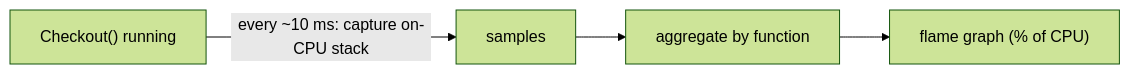
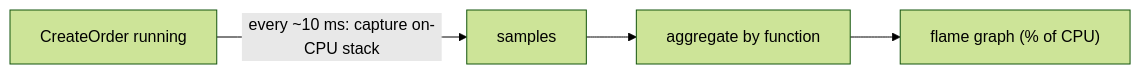
One commit to duynhlab/homelab changed the first of 3 diagrams in docs/observability/profiling/README.md. Above: the diagram before and after it, drawn with Mermaid (forest theme). The commit also changed other lines of this file, not shown here.

Commit message:
Ground the sampling example in the real CreateOrder flow

````diff
--- a/docs/observability/profiling/README.md
+++ b/docs/observability/profiling/README.md
@@ -72,6 +75,6 @@
 ```mermaid
 flowchart LR
-    APP["Checkout() running"] -- "every ~10 ms: capture on-CPU stack" --> S["samples"]
+    APP["CreateOrder running"] -- "every ~10 ms: capture on-CPU stack" --> S["samples"]
     S --> AGG["aggregate by function"]
     AGG --> FG["flame graph (% of CPU)"]
 ```
````
